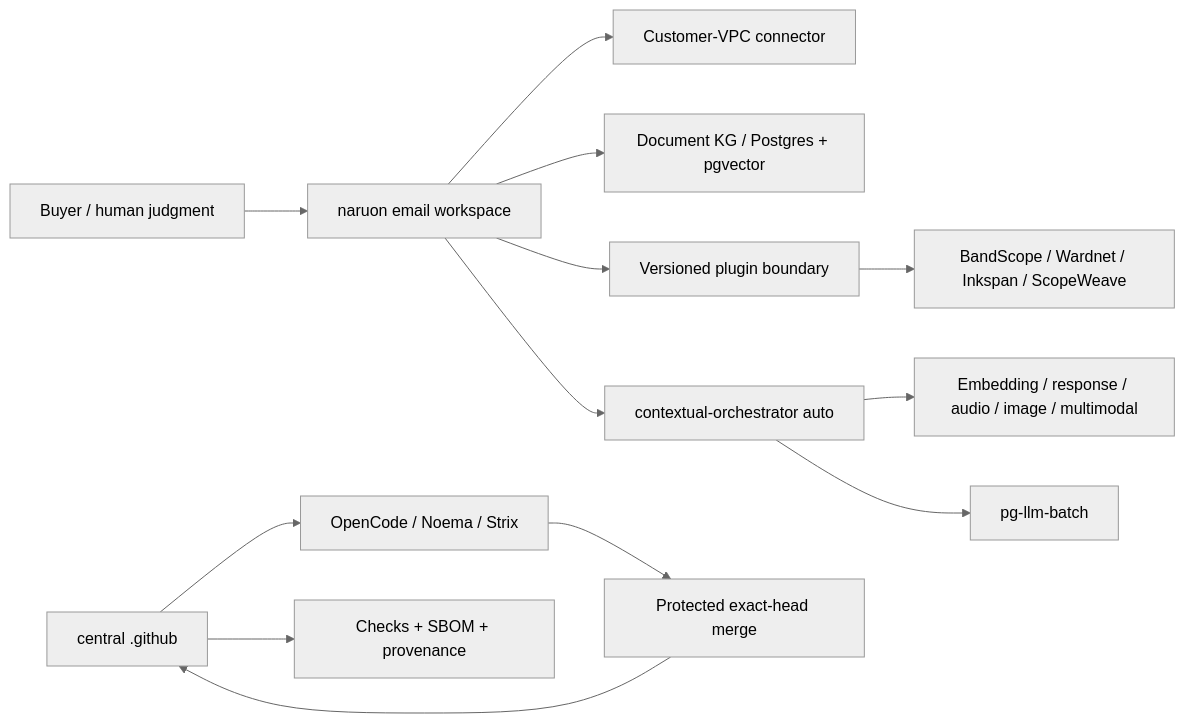
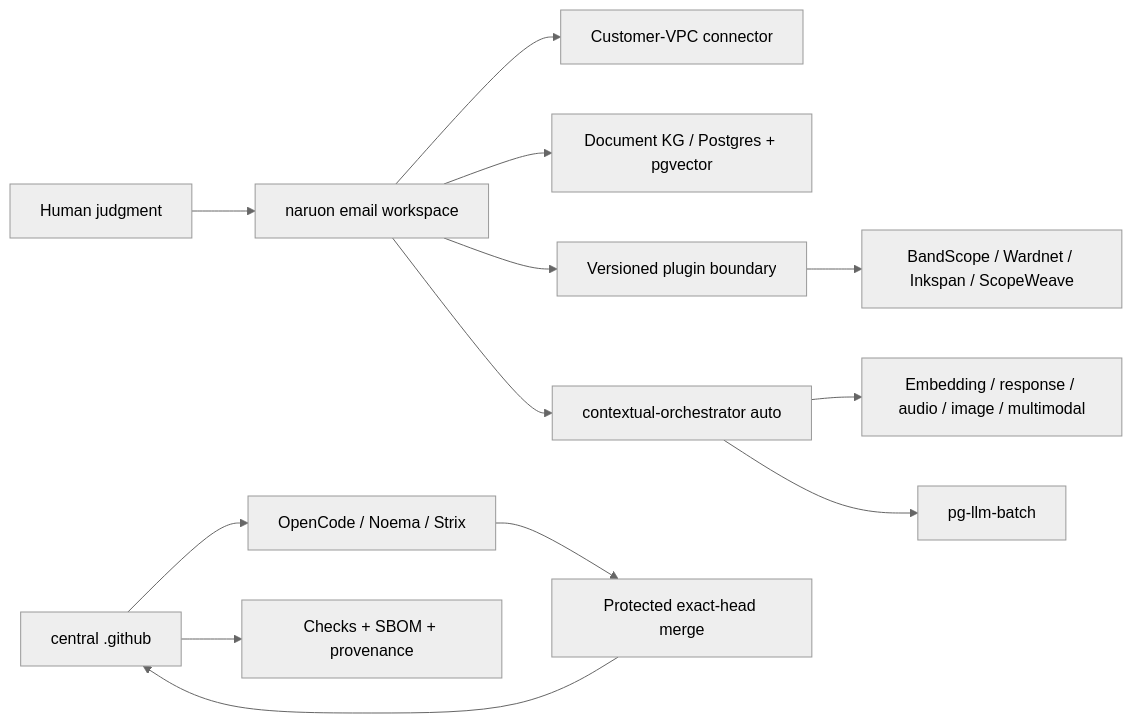
The diagram in docs/product-technical-gap-baseline.md (ContextualWisdomLab/.github), drawn with Mermaid (neutral theme) before and after one commit. The commit also changed other lines of this file and 7 other files, not shown here.

````diff
--- a/docs/product-technical-gap-baseline.md
+++ b/docs/product-technical-gap-baseline.md
@@ -55,15 +55,15 @@
 ```mermaid
 flowchart LR
-  User[Buyer / human judgment] --> Naruon[naruon email workspace]
+  User[Human judgment] --> Naruon[naruon email workspace]
   Naruon --> Connector[Customer-VPC connector]
   Naruon --> DocKG[Document KG / Postgres + pgvector]
   Naruon --> Plugins[Versioned plugin boundary]
   Plugins --> Verticals[BandScope / Wardnet / Inkspan / ScopeWeave]
   Naruon --> Orch[contextual-orchestrator auto]
   Orch --> Models[Embedding / response / audio / image / multimodal]
   Orch --> Batch[pg-llm-batch]
   Control[central .github] --> Review[OpenCode / Noema / Strix]
   Control --> Checks[Checks + SBOM + provenance]
   Review --> Merge[Protected exact-head merge]
   Merge --> Control
 ```
````
